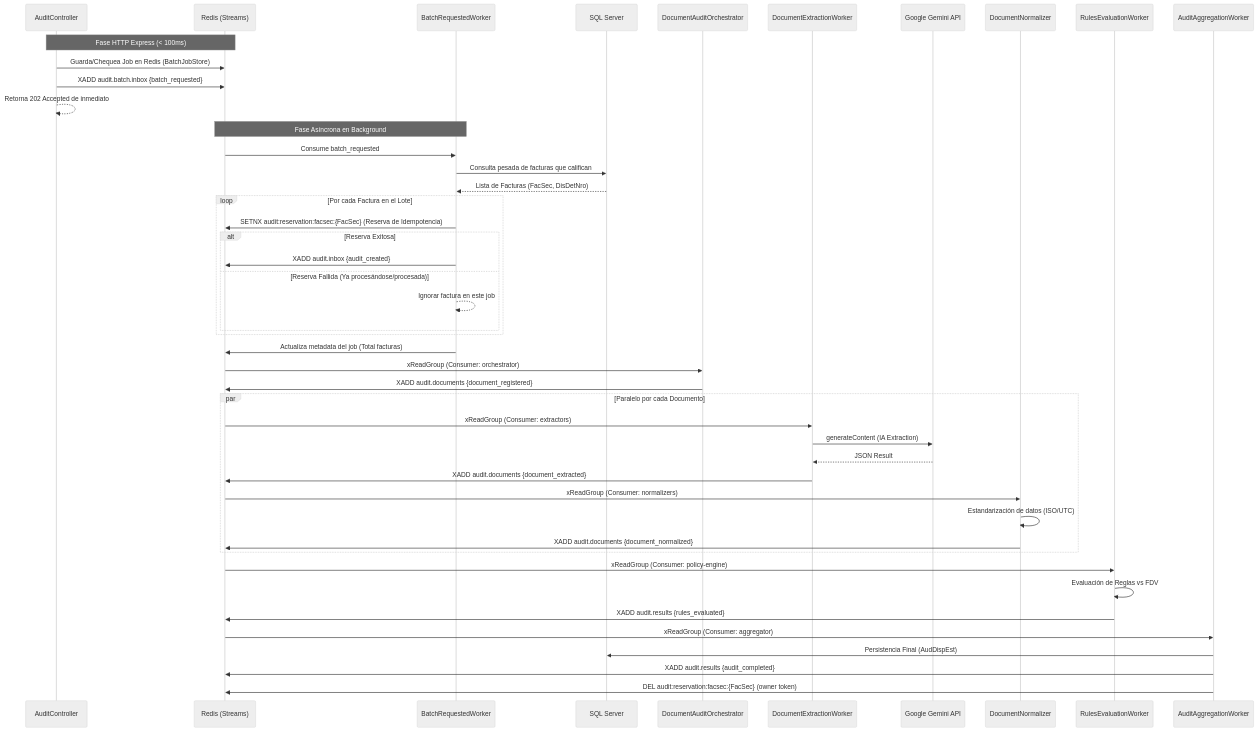
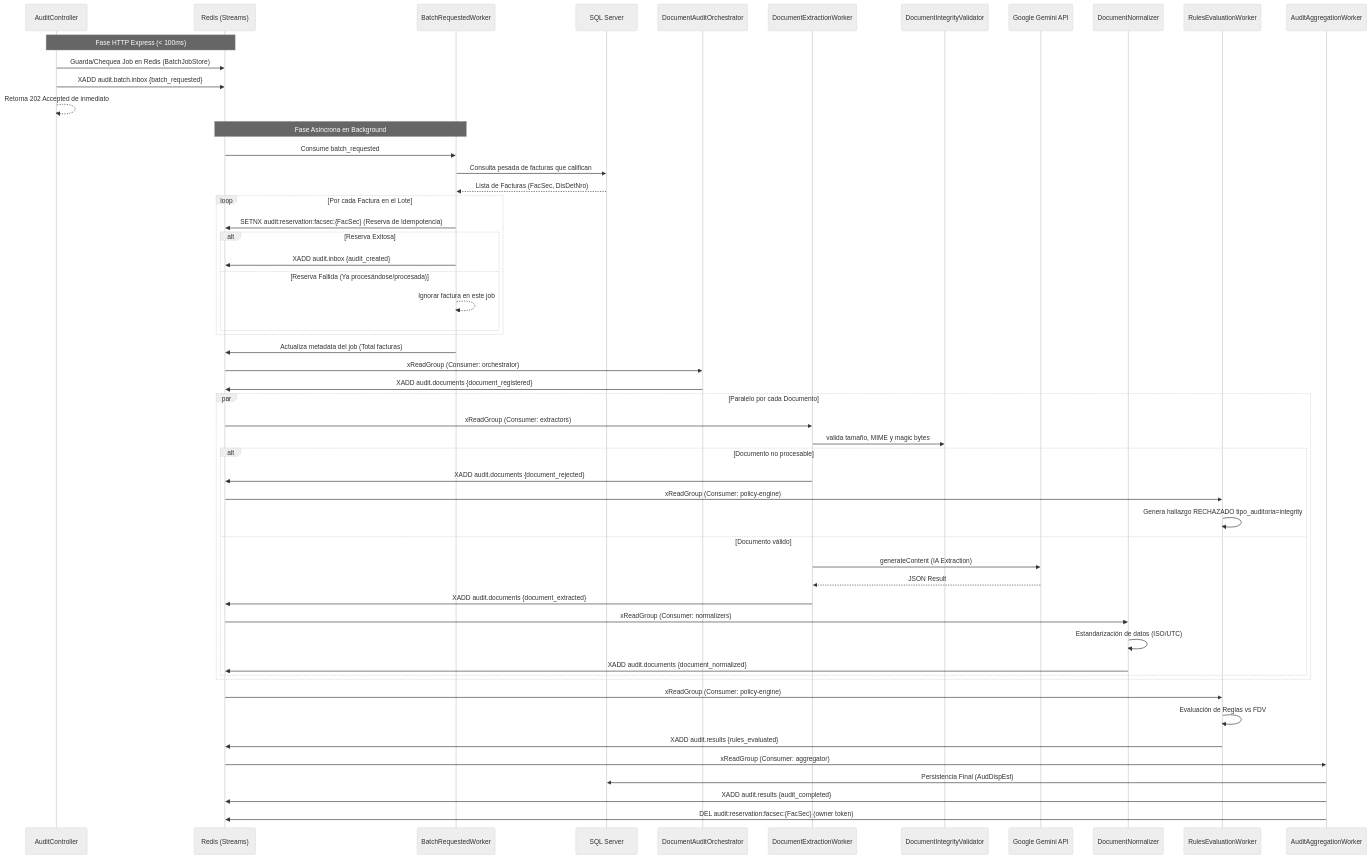
The third of 3 diagrams in plans/data-flows.md (jfrem/AudFact), drawn with Mermaid (neutral theme) before and after one commit. The commit also changed other lines of this file and 80 other files, not shown here.

Commit message:
feat: implement comprehensive audit pipeline features, including document integrity validation, invoice management, and enhanced agent skill tracking.

````diff
--- a/plans/data-flows.md
+++ b/plans/data-flows.md
@@ -107,56 +107,63 @@
 ```mermaid
 sequenceDiagram
     participant API as AuditController
     participant R as Redis (Streams)
     participant BW as BatchRequestedWorker
     participant DB as SQL Server
     participant AO as DocumentAuditOrchestrator
     participant EW as DocumentExtractionWorker
+    participant IV as DocumentIntegrityValidator
     participant G as Google Gemini API
     participant NW as DocumentNormalizer
     participant RW as RulesEvaluationWorker
     participant AW as AuditAggregationWorker
 
     Note over API,R: Fase HTTP Express (< 100ms)
     API->>R: Guarda/Chequea Job en Redis (BatchJobStore)
     API->>R: XADD audit.batch.inbox {batch_requested}
     API-->>API: Retorna 202 Accepted de inmediato
 
     Note over R,BW: Fase Asíncrona en Background
     R->>BW: Consume batch_requested
     BW->>DB: Consulta pesada de facturas que califican
     DB-->>BW: Lista de Facturas (FacSec, DisDetNro)
     
     loop Por cada Factura en el Lote
         BW->>R: SETNX audit:reservation:facsec:{FacSec} (Reserva de Idempotencia)
         alt Reserva Exitosa
             BW->>R: XADD audit.inbox {audit_created}
         else Reserva Fallida (Ya procesándose/procesada)
             BW-->>BW: Ignorar factura en este job
         end
     end
     BW->>R: Actualiza metadata del job (Total facturas)
 
     R->>AO: xReadGroup (Consumer: orchestrator)
     AO->>R: XADD audit.documents {document_registered}
     
     par Paralelo por cada Documento
         R->>EW: xReadGroup (Consumer: extractors)
-        EW->>G: generateContent (IA Extraction)
-        G-->>EW: JSON Result
-        EW->>R: XADD audit.documents {document_extracted}
-        
-        R->>NW: xReadGroup (Consumer: normalizers)
-        NW->>NW: Estandarización de datos (ISO/UTC)
-        NW->>R: XADD audit.documents {document_normalized}
+        EW->>IV: valida tamaño, MIME y magic bytes
+        alt Documento no procesable
+            EW->>R: XADD audit.documents {document_rejected}
+            R->>RW: xReadGroup (Consumer: policy-engine)
+            RW->>RW: Genera hallazgo RECHAZADO tipo_auditoria=integrity
+        else Documento válido
+            EW->>G: generateContent (IA Extraction)
+            G-->>EW: JSON Result
+            EW->>R: XADD audit.documents {document_extracted}
+            R->>NW: xReadGroup (Consumer: normalizers)
+            NW->>NW: Estandarización de datos (ISO/UTC)
+            NW->>R: XADD audit.documents {document_normalized}
+        end
     end
 
     R->>RW: xReadGroup (Consumer: policy-engine)
     RW->>RW: Evaluación de Reglas vs FDV
     RW->>R: XADD audit.results {rules_evaluated}
 
     R->>AW: xReadGroup (Consumer: aggregator)
     AW->>DB: Persistencia Final (AudDispEst)
     AW->>R: XADD audit.results {audit_completed}
     AW->>R: DEL audit:reservation:facsec:{FacSec} (owner token)
 ```
````
